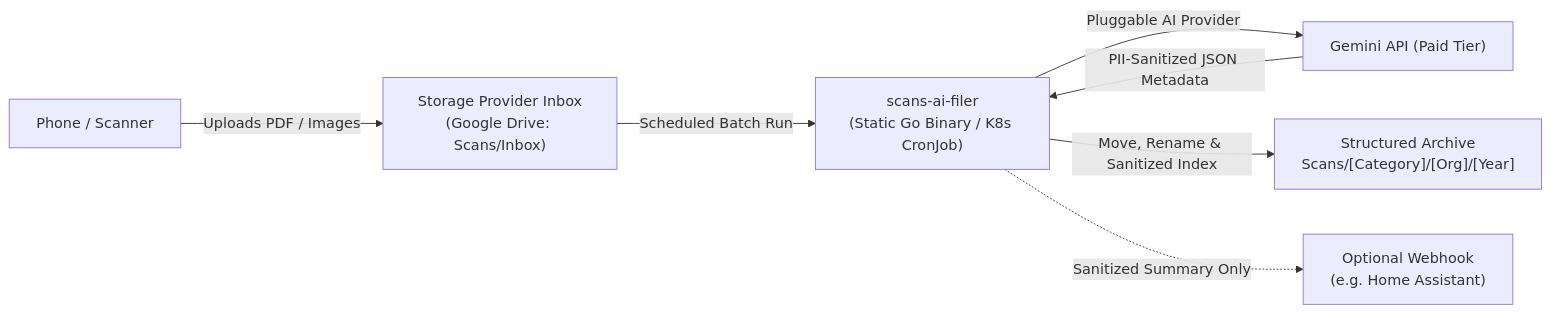
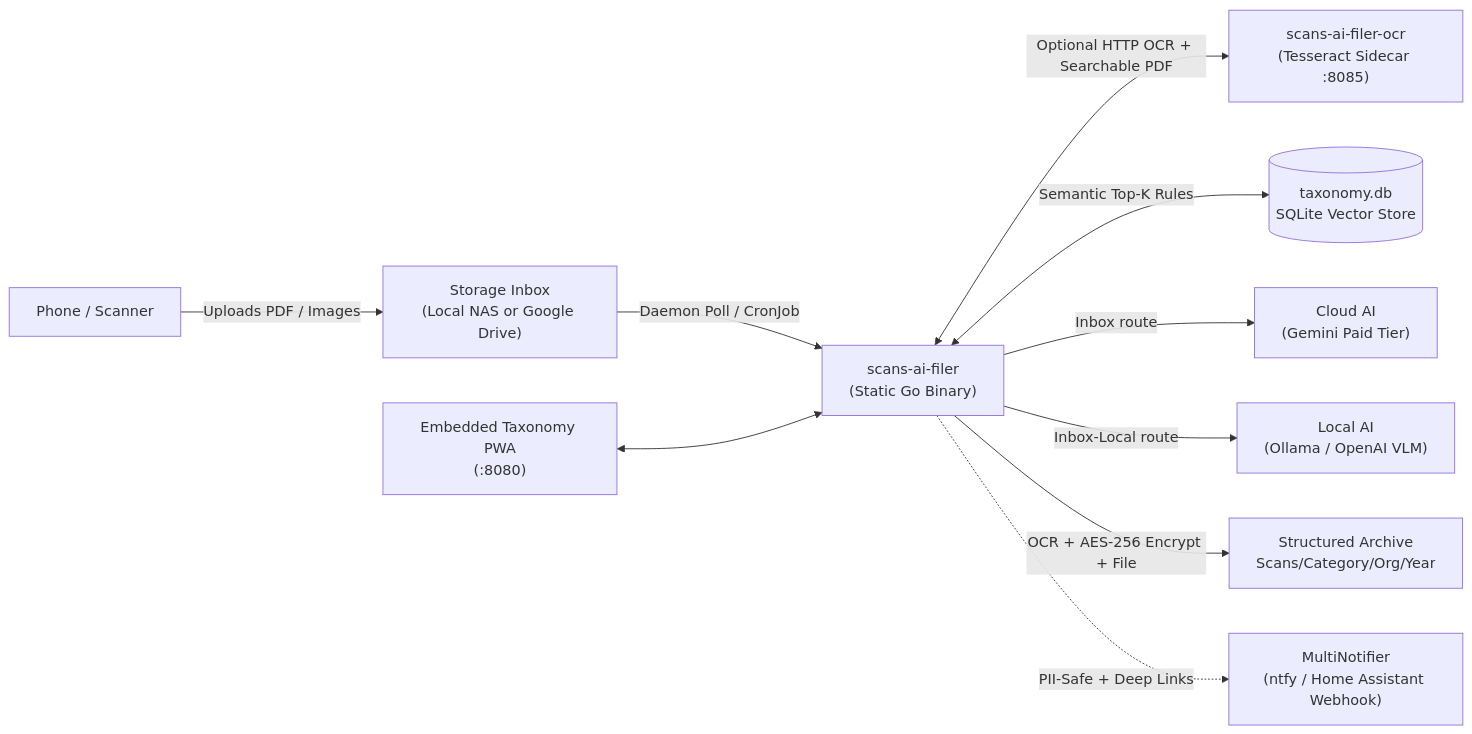
Before and after one commit to scubadam/scans-ai-filer: the diagram in README.md, drawn with Mermaid. The commit also changed other lines of this file and 4 other files, not shown here.

````diff
--- a/README.md
+++ b/README.md
@@ -21,9 +36,12 @@
 ```mermaid
 flowchart LR
-    A["Phone / Scanner"] -->|Uploads PDF / Images| B["Storage Provider Inbox<br/>(Google Drive: Scans/Inbox)"]
-    B -->|Scheduled Batch Run| C["scans-ai-filer<br/>(Static Go Binary / K8s CronJob)"]
-    C -->|Pluggable AI Provider| D["Gemini API (Paid Tier)"]
-    D -->|PII-Sanitized JSON Metadata| C
-    C -->|Move, Rename & Sanitized Index| E["Structured Archive<br/>Scans/[Category]/[Org]/[Year]"]
-    C -.->|Sanitized Summary Only| F["Optional Webhook<br/>(e.g. Home Assistant)"]
+    A["Phone / Scanner"] -->|Uploads PDF / Images| B["Storage Inbox<br/>(Local NAS or Google Drive)"]
+    B -->|Daemon Poll / CronJob| C["scans-ai-filer<br/>(Static Go Binary)"]
+    C <-->|Optional HTTP OCR + Searchable PDF| OCR["scans-ai-filer-ocr<br/>(Tesseract Sidecar :8085)"]
+    C <-->|Semantic Top-K Rules| DB[("taxonomy.db<br/>SQLite Vector Store")]
+    C -->|Inbox route| D1["Cloud AI<br/>(Gemini Paid Tier)"]
+    C -->|Inbox-Local route| D2["Local AI<br/>(Ollama / OpenAI VLM)"]
+    C -->|OCR + AES-256 Encrypt + File| E["Structured Archive<br/>Scans/Category/Org/Year"]
+    C -.->|PII-Safe + Deep Links| F["MultiNotifier<br/>(ntfy / Home Assistant Webhook)"]
+    UI["Embedded Taxonomy PWA<br/>(:8080)"] <--> C
 ```
````
